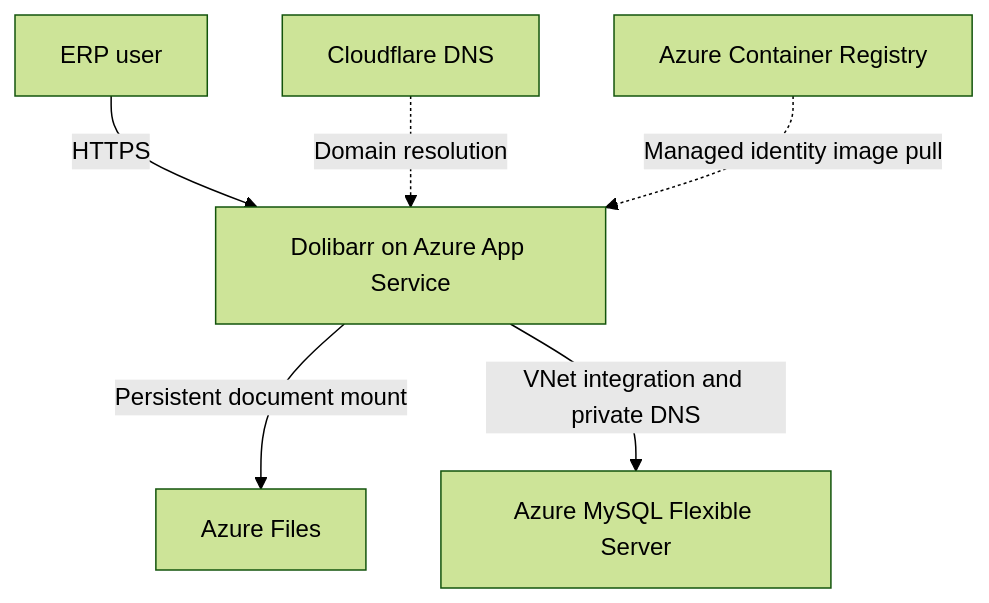
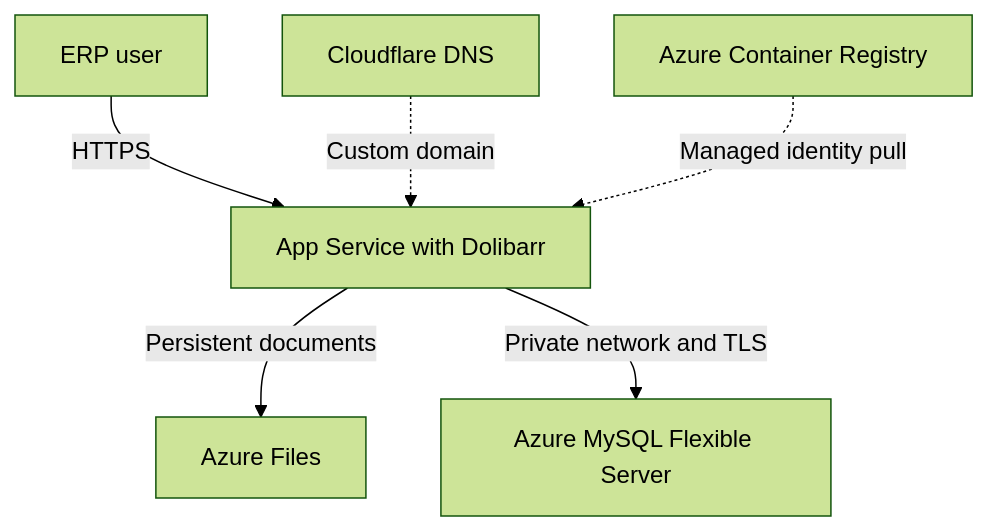
One commit to SilvaRohit/dolibarr changed the first of 4 diagrams in README.md. Above: the diagram before and after it, drawn with Mermaid (forest theme). The commit also changed other lines of this file and 1 other file, not shown here.

Commit message:
Document Azure Terraform and DevSecOps portfolio

````diff
--- a/README.md
+++ b/README.md
@@ -28,8 +19,8 @@
 ```mermaid
 flowchart TB
-    User[ERP user] -->|HTTPS| Web[Dolibarr on Azure App Service]
-    DNS[Cloudflare DNS] -.->|Domain resolution| Web
-    Registry[Azure Container Registry] -.->|Managed identity image pull| Web
-    Web -->|Persistent document mount| Files[Azure Files]
-    Web -->|VNet integration and private DNS| DB[Azure MySQL Flexible Server]
+    User[ERP user] -->|HTTPS| App[App Service with Dolibarr]
+    DNS[Cloudflare DNS] -.->|Custom domain| App
+    App -->|Persistent documents| Files[Azure Files]
+    App -->|Private network and TLS| DB[Azure MySQL Flexible Server]
+    Registry[Azure Container Registry] -.->|Managed identity pull| App
 ```
````
